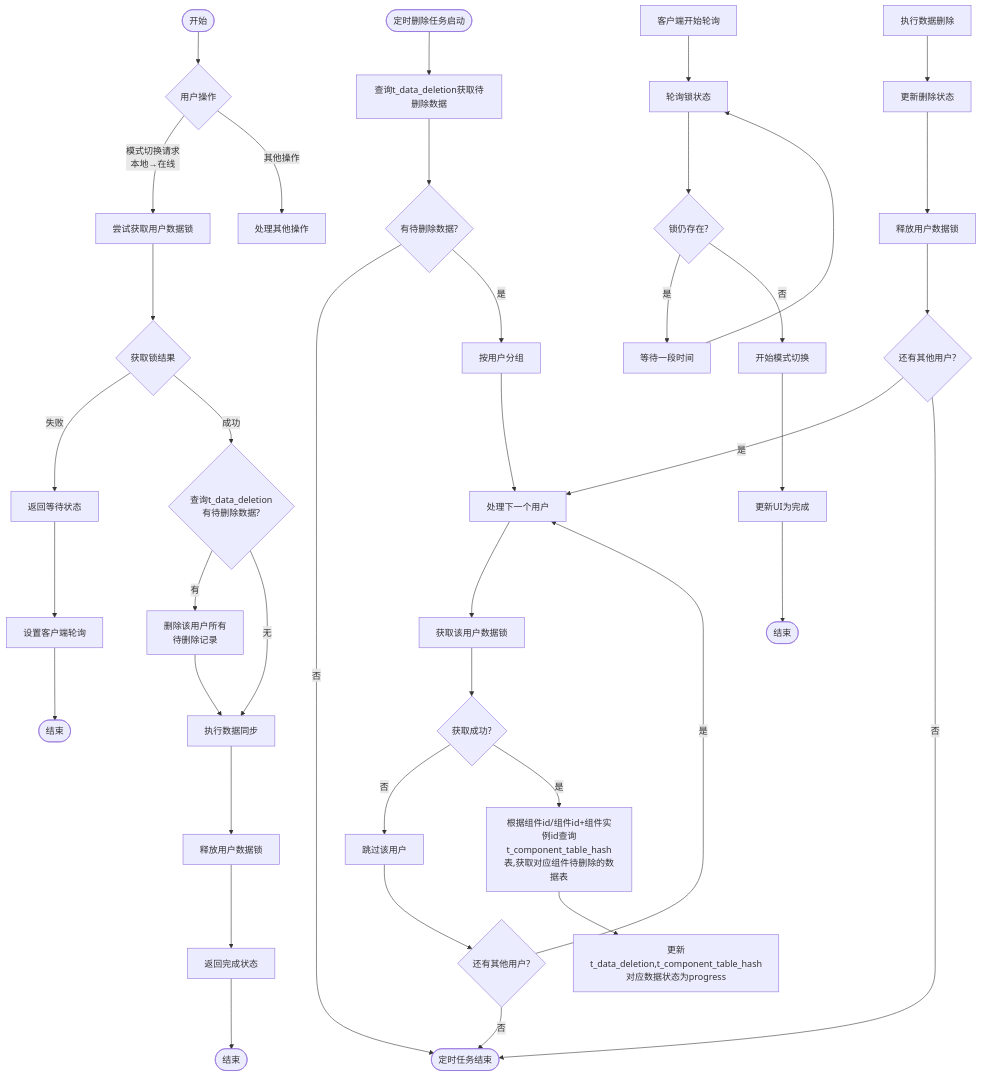
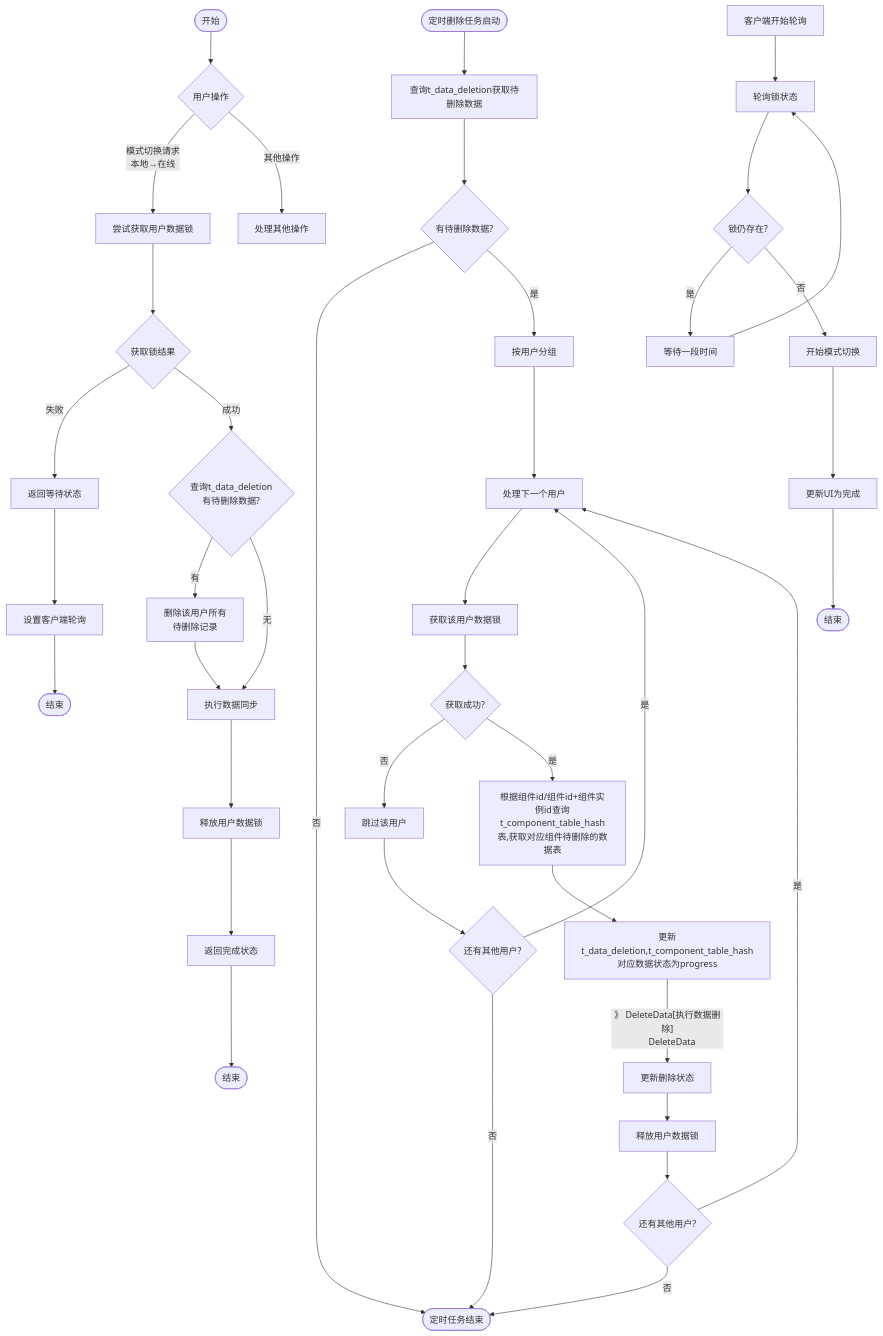
One commit to yingjianzh/iodraw-files changed the diagram in all/未命名-57.md. Above: the diagram before and after it, drawn with Mermaid.

Commit message:
2025-05-12 11:23:20 update

````diff
--- a/all/未命名-57.md
+++ b/all/未命名-57.md
@@ -1,63 +1,62 @@
 ```mermaid
 flowchart TD
     %% 主要分支
     Start([开始]) --> UserAction{用户操作}
     UserAction -->|模式切换请求\n本地→在线| TryLock[尝试获取用户数据锁]
     UserAction -->|其他操作| OtherOps[处理其他操作]
     
     %% 定时删除任务分支
     ScheduledTask([定时删除任务启动]) --> QueryDeletions[查询t_data_deletion获取待删除数据]
     QueryDeletions --> HasTasks{有待删除数据?}
     HasTasks -->|否| TaskEnd([定时任务结束])
     HasTasks -->|是| GroupByUser[按用户分组]
     
     %% 处理用户数据删除
     GroupByUser --> ProcessNextUser[处理下一个用户]
     ProcessNextUser --> AcquireLock[获取该用户数据锁]
     AcquireLock --> LockSuccess{获取成功?}
     
     LockSuccess -->|否| SkipUser[跳过该用户]
     SkipUser --> MoreUsers1{还有其他用户?}
     MoreUsers1 -->|是| ProcessNextUser
     MoreUsers1 -->|否| TaskEnd
     
     LockSuccess -->|是| GetData[根据组件id/组件id+组件实例id查询t_component_table_hash表,获取对应组件待删除的数据表]
     
     GetData --> UpdateData[更新t_data_deletion,t_component_table_hash对应数据状态为progress]
-    
-    DeleteData[执行数据删除]
+    UpdateData --》 DeleteData[执行数据删除]
     DeleteData --> UpdateStatus[更新删除状态]
     UpdateStatus --> ReleaseLock[释放用户数据锁]
     ReleaseLock --> MoreUsers2{还有其他用户?}
     MoreUsers2 -->|是| ProcessNextUser
     MoreUsers2 -->|否| TaskEnd
     
     %% 模式切换流程
     TryLock --> LockResult{获取锁结果}
     
     LockResult -->|失败| ReturnWaiting[返回等待状态]
     ReturnWaiting --> SetupPolling[设置客户端轮询]
     SetupPolling --> End1([结束])
     
     LockResult -->|成功| CheckPendingDeletion{查询t_data_deletion\n有待删除数据?}
     
     CheckPendingDeletion -->|有| RemoveDeletionRecords[删除该用户所有\n待删除记录]
     RemoveDeletionRecords --> PerformSync[执行数据同步]
     
     CheckPendingDeletion -->|无| PerformSync
     
     PerformSync --> ReleaseSwitchLock[释放用户数据锁]
     ReleaseSwitchLock --> ReturnComplete[返回完成状态]
     ReturnComplete --> End2([结束])
     
     %% 客户端轮询
     ClientPolling[客户端开始轮询] --> PollLockStatus[轮询锁状态]
     PollLockStatus --> StillLocked{锁仍存在?}
     
     StillLocked -->|是| WaitInterval[等待一段时间]
     WaitInterval --> PollLockStatus
     
     StillLocked -->|否| StartSwitch[开始模式切换]
     StartSwitch --> CompleteUI[更新UI为完成]
     CompleteUI --> End3([结束])
 ```
````
